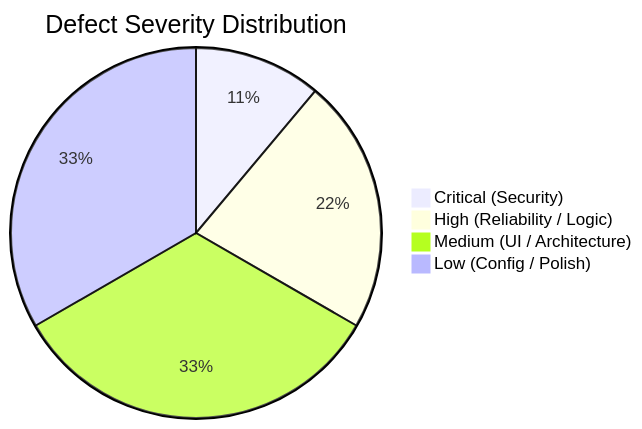
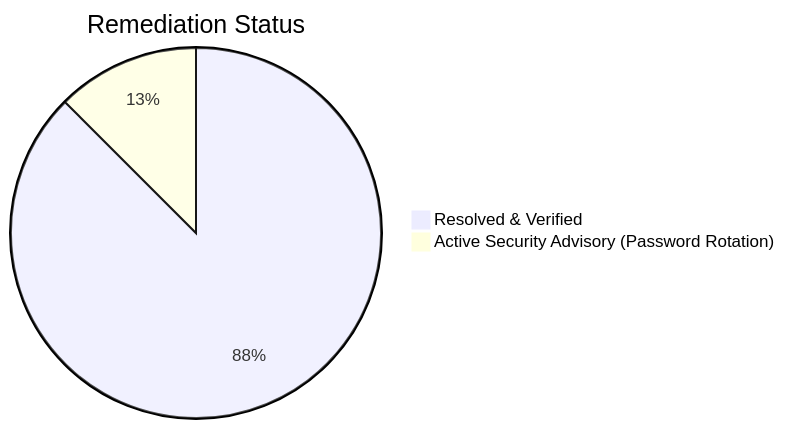
One commit to amitbora007/subwords-game changed the diagram in docs/BUGS.md. Above: the diagram before and after it, drawn with Mermaid. The commit also changed other lines of this file and 41 other files, not shown here.

````diff
--- a/docs/BUGS.md
+++ b/docs/BUGS.md
@@ -22,7 +18,5 @@
 ```mermaid
-pie title Defect Severity Distribution
-    "Critical (Security)" : 1
-    "High (Reliability / Logic)" : 2
-    "Medium (UI / Architecture)" : 3
-    "Low (Config / Polish)" : 3
+pie title Remediation Status
+    "Resolved & Verified" : 7
+    "Active Security Advisory (Password Rotation)" : 1
 ```
````
